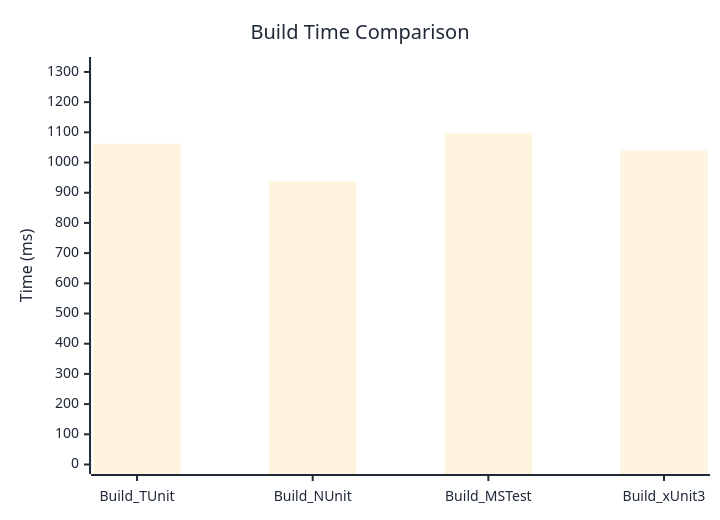
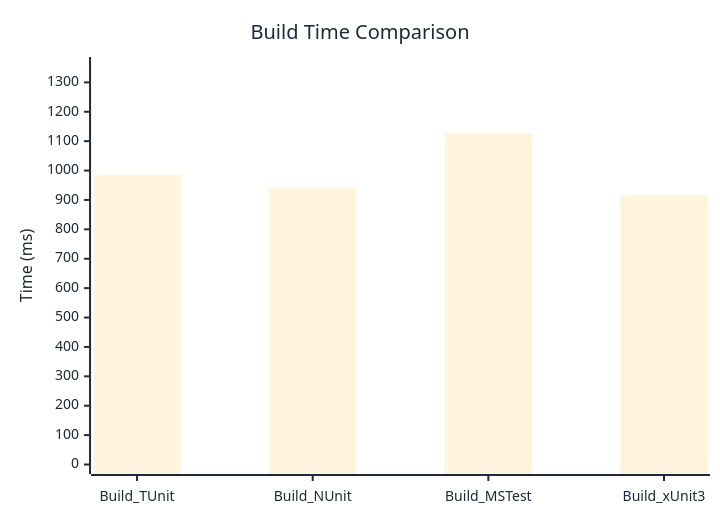
The diagram in docs/docs/benchmarks/engine/BuildTime.md (thomhurst/TUnit), drawn with Mermaid before and after one commit. The commit also changed other lines of this file and 18 other files, not shown here.

````diff
--- a/docs/docs/benchmarks/engine/BuildTime.md
+++ b/docs/docs/benchmarks/engine/BuildTime.md
@@ -30,37 +30,37 @@
 ```mermaid
 %%{init: {
   'theme':'base',
   'themeVariables': {
     'primaryColor': '#2563eb',
     'primaryTextColor': '#1f2937',
     'primaryBorderColor': '#1e40af',
     'lineColor': '#6b7280',
     'secondaryColor': '#7c3aed',
     'tertiaryColor': '#dc2626',
     'background': '#ffffff',
     'mainBkg': '#2563eb',
     'secondBkg': '#7c3aed',
     'tertiaryBkg': '#dc2626',
     'clusterBkg': '#f3f4f6',
     'edgeLabelBackground': '#ffffff',
     'tertiaryTextColor': '#1f2937',
     'pie1': '#2563eb',
     'pie2': '#7c3aed',
     'pie3': '#dc2626',
     'pie4': '#f59e0b',
     'pie5': '#10b981',
     'pie6': '#06b6d4',
     'pie7': '#ec4899',
     'pie8': '#6366f1',
     'pie9': '#84cc16',
     'pie10': '#f97316',
     'pie11': '#14b8a6',
     'pie12': '#a855f7'
   }
 }}%%
 xychart-beta
   title "Build Time Comparison"
   x-axis ["Build_TUnit", "Build_NUnit", "Build_MSTest", "Build_xUnit3"]
-  y-axis "Time (ms)" 0 --> 1318
-  bar [1062.5, 937, 1097.7, 1039.9]
+  y-axis "Time (ms)" 0 --> 1354
+  bar [985.8, 939.5, 1127.6, 916.4]
 ```
````
